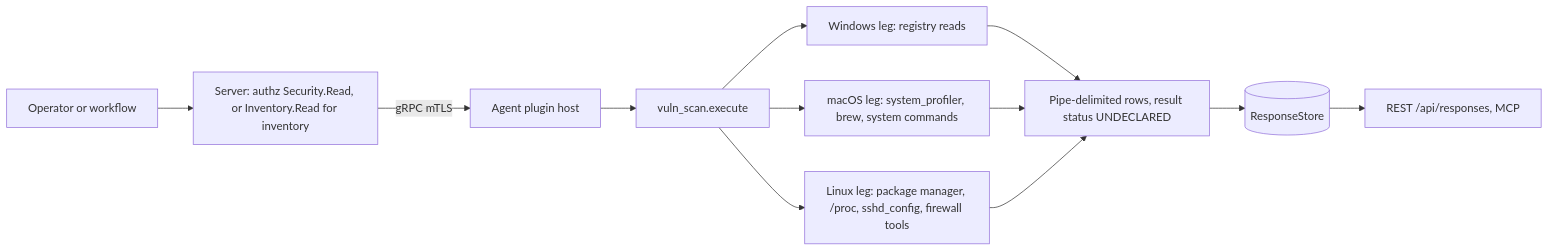
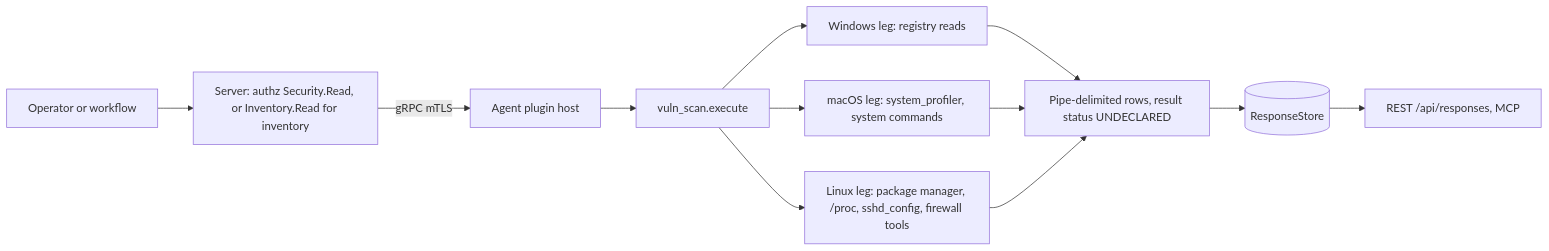
Before and after one commit to DevNullLtd/Yuzu: the first of 3 diagrams in agents/plugins/vuln_scan/README.md, drawn with Mermaid. The commit also changed other lines of this file and 9 other files, not shown here.

First line of the commit message:
fix(vuln_scan): stop running brew as the root macOS agent (WP13c/C-2)

````diff
--- a/agents/plugins/vuln_scan/README.md
+++ b/agents/plugins/vuln_scan/README.md
@@ -21,12 +21,12 @@
 ```mermaid
 flowchart LR
   OP["Operator or workflow"] --> SRV["Server: authz Security.Read, or Inventory.Read for inventory"]
   SRV -- "gRPC mTLS" --> HOST["Agent plugin host"] --> EX["vuln_scan.execute"]
   EX --> WIN["Windows leg: registry reads"]
-  EX --> MAC["macOS leg: system_profiler, brew, system commands"]
+  EX --> MAC["macOS leg: system_profiler, system commands"]
   EX --> LIN["Linux leg: package manager, /proc, sshd_config, firewall tools"]
   WIN --> ROWS["Pipe-delimited rows, result status UNDECLARED"]
   MAC --> ROWS
   LIN --> ROWS
   ROWS --> RS[("ResponseStore")] --> API["REST /api/responses, MCP"]
 ```
````
